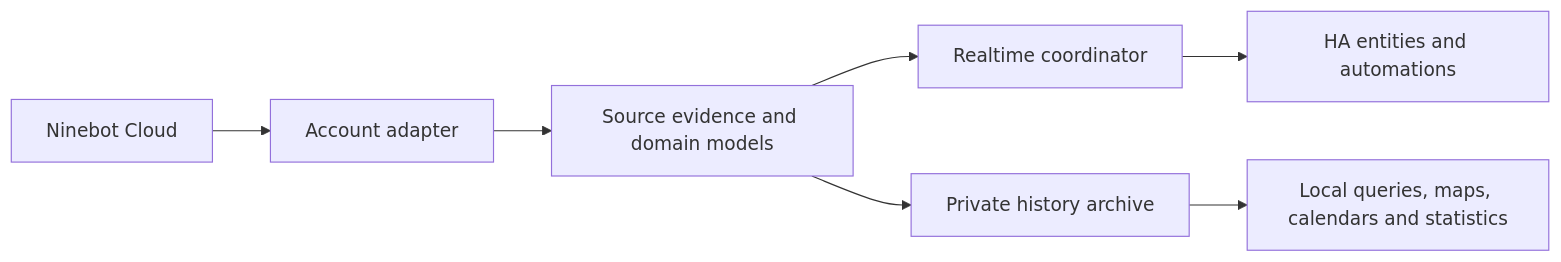
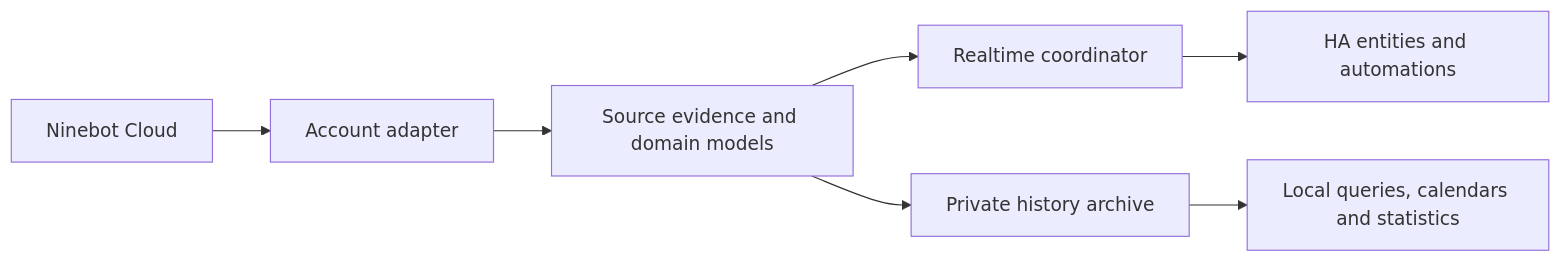
Before and after one commit to Wuty-zju/ha_ninebot: the diagram in README.md, drawn with Mermaid. The commit also changed other lines of this file and 5 other files, not shown here.

````diff
--- a/README.md
+++ b/README.md
@@ -111,9 +95,9 @@
 ```mermaid
 flowchart LR
   Cloud[Ninebot Cloud] --> Adapter[Account adapter]
   Adapter --> Models[Source evidence and domain models]
   Models --> Live[Realtime coordinator]
   Models --> Archive[Private history archive]
   Live --> Entities[HA entities and automations]
-  Archive --> Views[Local queries, maps, calendars and statistics]
+  Archive --> Views[Local queries, calendars and statistics]
 ```
````
